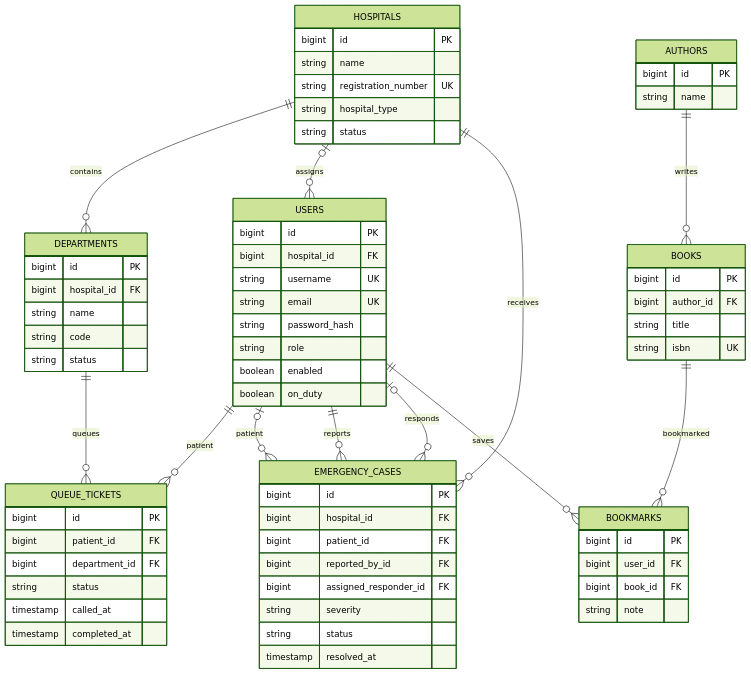
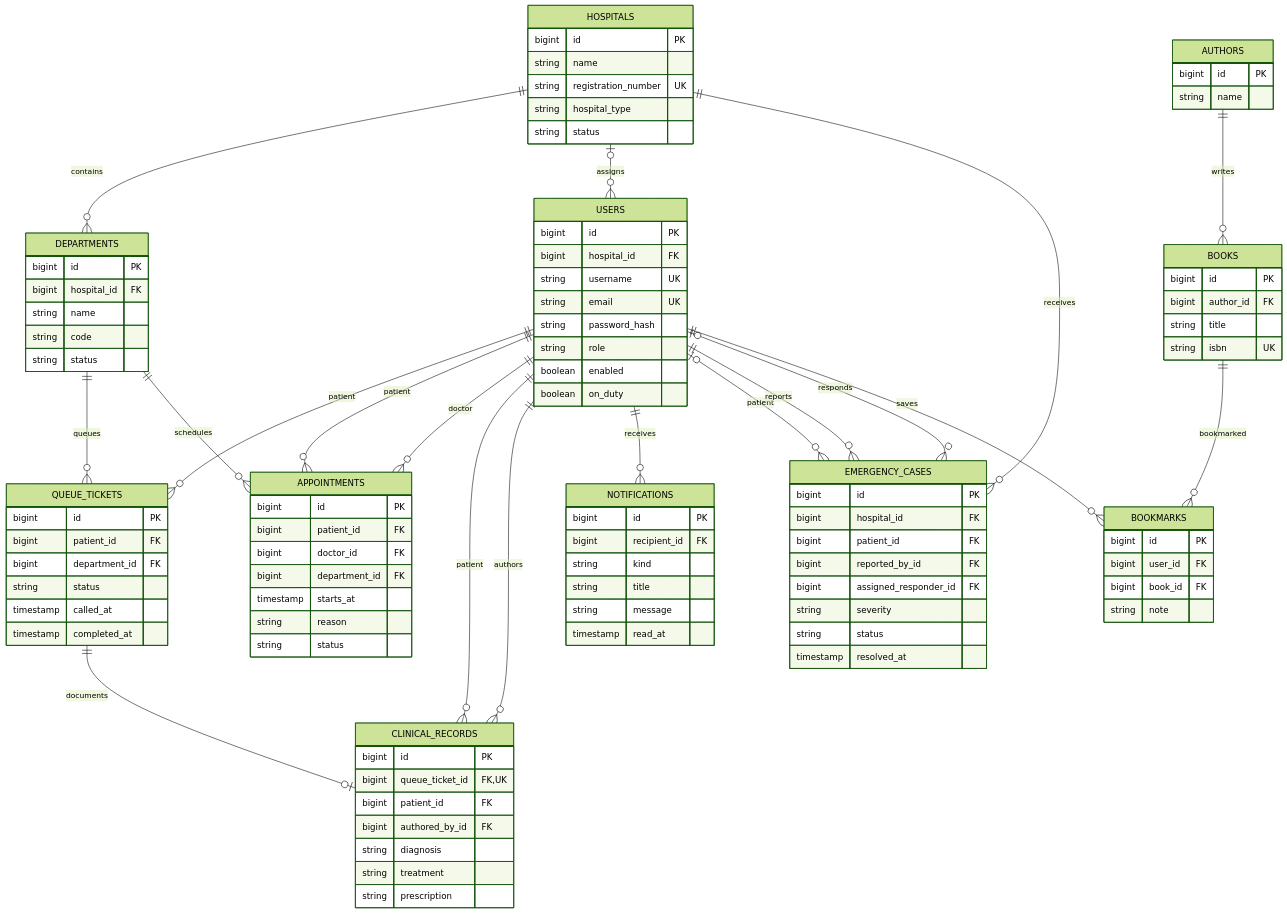
Before and after one commit to infospace-beta/ldip-mediqueue-api: the diagram in docs/database-erd.md, drawn with Mermaid (forest theme). The commit also changed other lines of this file and 56 other files, not shown here.

```diff
--- a/docs/database-erd.md
+++ b/docs/database-erd.md
@@ -12,6 +12,13 @@
     HOSPITALS o|--o{ USERS : assigns
     USERS ||--o{ QUEUE_TICKETS : patient
     DEPARTMENTS ||--o{ QUEUE_TICKETS : queues
+    USERS ||--o{ APPOINTMENTS : patient
+    USERS ||--o{ APPOINTMENTS : doctor
+    DEPARTMENTS ||--o{ APPOINTMENTS : schedules
+    QUEUE_TICKETS ||--o| CLINICAL_RECORDS : documents
+    USERS ||--o{ CLINICAL_RECORDS : patient
+    USERS ||--o{ CLINICAL_RECORDS : authors
+    USERS ||--o{ NOTIFICATIONS : receives
     HOSPITALS ||--o{ EMERGENCY_CASES : receives
     USERS o|--o{ EMERGENCY_CASES : patient
     USERS ||--o{ EMERGENCY_CASES : reports
@@ -57,6 +64,35 @@
         timestamp completed_at
     }
 
+    APPOINTMENTS {
+        bigint id PK
+        bigint patient_id FK
+        bigint doctor_id FK
+        bigint department_id FK
+        timestamp starts_at
+        string reason
+        string status
+    }
+
+    CLINICAL_RECORDS {
+        bigint id PK
+        bigint queue_ticket_id FK, UK
+        bigint patient_id FK
+        bigint authored_by_id FK
+        string diagnosis
+        string treatment
+        string prescription
+    }
+
+    NOTIFICATIONS {
+        bigint id PK
+        bigint recipient_id FK
+        string kind
+        string title
+        string message
+        timestamp read_at
+    }
+
     EMERGENCY_CASES {
         bigint id PK
         bigint hospital_id FK
```
